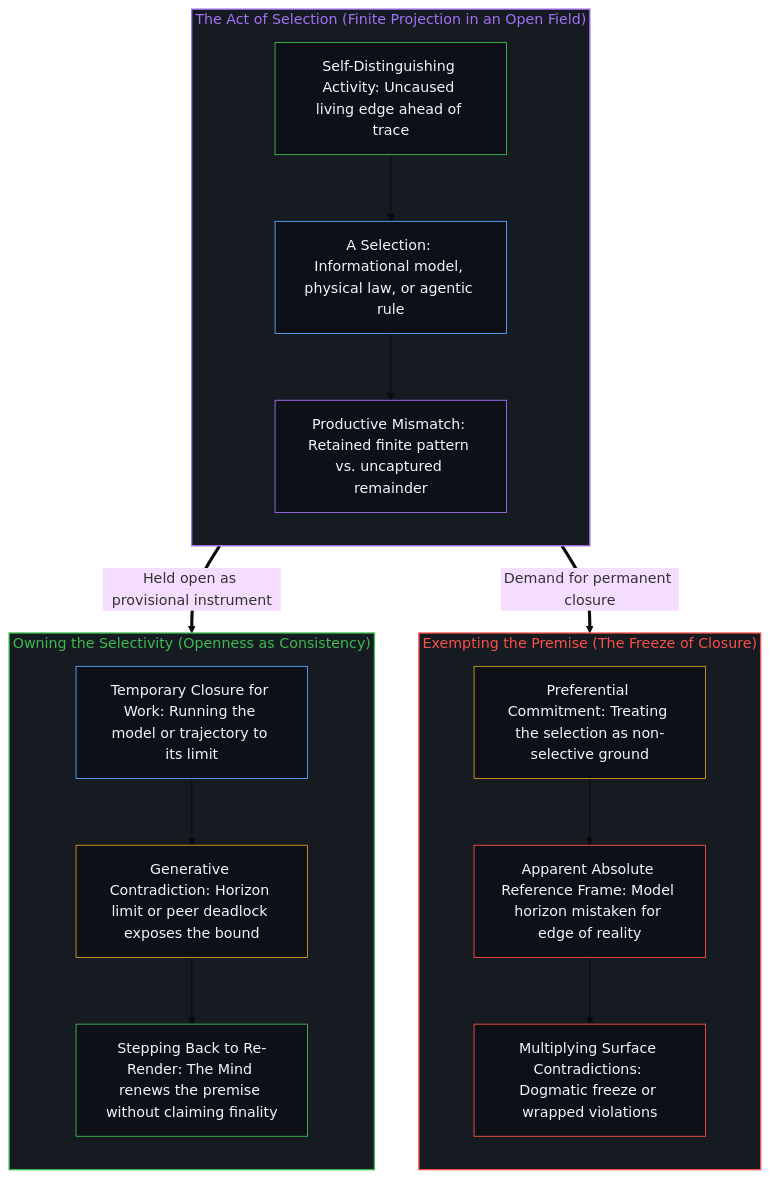
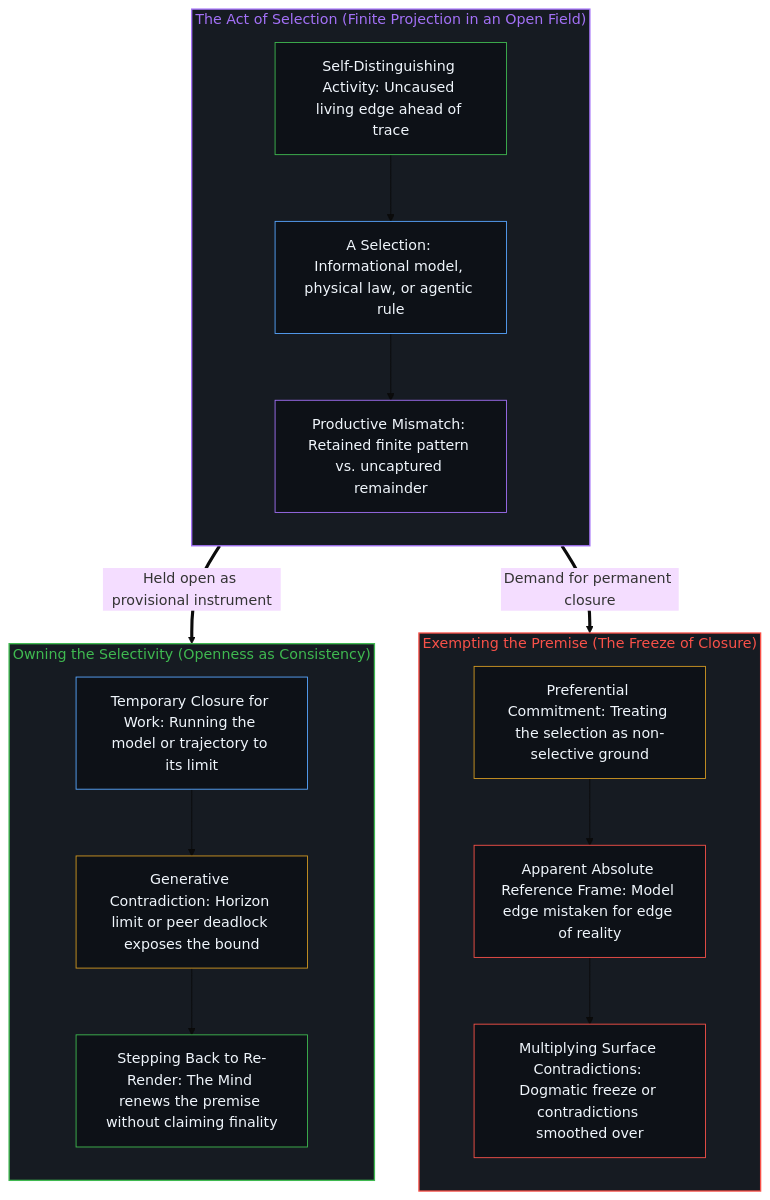
Before and after one commit to powerpig99/not-a-toe: the second of 2 diagrams in content/posts/selection-contradiction-and-open-reality.md, drawn with Mermaid (base theme). The commit also changed other lines of this file and 12 other files, not shown here.

````diff
--- a/content/posts/selection-contradiction-and-open-reality.md
+++ b/content/posts/selection-contradiction-and-open-reality.md
@@ -90,38 +90,38 @@
 ```mermaid
 flowchart TD
     subgraph S_Cut["The Act of Selection (Finite Projection in an Open Field)"]
         direction TB
         Edge["Self-Distinguishing Activity: Uncaused living edge ahead of trace"]
         Sel["A Selection: Informational model, physical law, or agentic rule"]
         Split["Productive Mismatch: Retained finite pattern vs. uncaptured remainder"]
         Edge --> Sel --> Split
     end
     subgraph S_Ex["Exempting the Premise (The Freeze of Closure)"]
         direction TB
         Ex1["Preferential Commitment: Treating the selection as non-selective ground"]
-        Ex2["Apparent Absolute Reference Frame: Model horizon mistaken for edge of reality"]
-        Ex3["Multiplying Surface Contradictions: Dogmatic freeze or wrapped violations"]
+        Ex2["Apparent Absolute Reference Frame: Model edge mistaken for edge of reality"]
+        Ex3["Multiplying Surface Contradictions: Dogmatic freeze or contradictions smoothed over"]
         Ex1 --> Ex2 --> Ex3
     end
     subgraph S_Own["Owning the Selectivity (Openness as Consistency)"]
         direction TB
         O1["Temporary Closure for Work: Running the model or trajectory to its limit"]
         O2["Generative Contradiction: Horizon limit or peer deadlock exposes the bound"]
         O3["Stepping Back to Re-Render: The Mind renews the premise without claiming finality"]
         O1 --> O2 --> O3
     end
     Split ==>|"Demand for permanent closure"| Ex1
     Split ==>|"Held open as provisional instrument"| O1
     style S_Cut fill:#161b22,stroke:#a371f7,stroke-width:1.5px,color:#a371f7
     style S_Ex fill:#161b22,stroke:#f85149,stroke-width:1.5px,color:#f85149
     style S_Own fill:#161b22,stroke:#3fb950,stroke-width:1.5px,color:#3fb950
     style Edge fill:#0d1117,stroke:#3fb950,stroke-width:1px,color:#f0f6fc
     style Sel fill:#0d1117,stroke:#58a6ff,stroke-width:1px,color:#f0f6fc
     style Split fill:#0d1117,stroke:#a371f7,stroke-width:1px,color:#f0f6fc
     style Ex1 fill:#0d1117,stroke:#d29922,stroke-width:1px,color:#f0f6fc
     style Ex2 fill:#0d1117,stroke:#f85149,stroke-width:1px,color:#f0f6fc
     style Ex3 fill:#0d1117,stroke:#f85149,stroke-width:1px,color:#f0f6fc
     style O1 fill:#0d1117,stroke:#58a6ff,stroke-width:1px,color:#f0f6fc
     style O2 fill:#0d1117,stroke:#d29922,stroke-width:1px,color:#f0f6fc
     style O3 fill:#0d1117,stroke:#3fb950,stroke-width:1px,color:#f0f6fc
 ```
````
